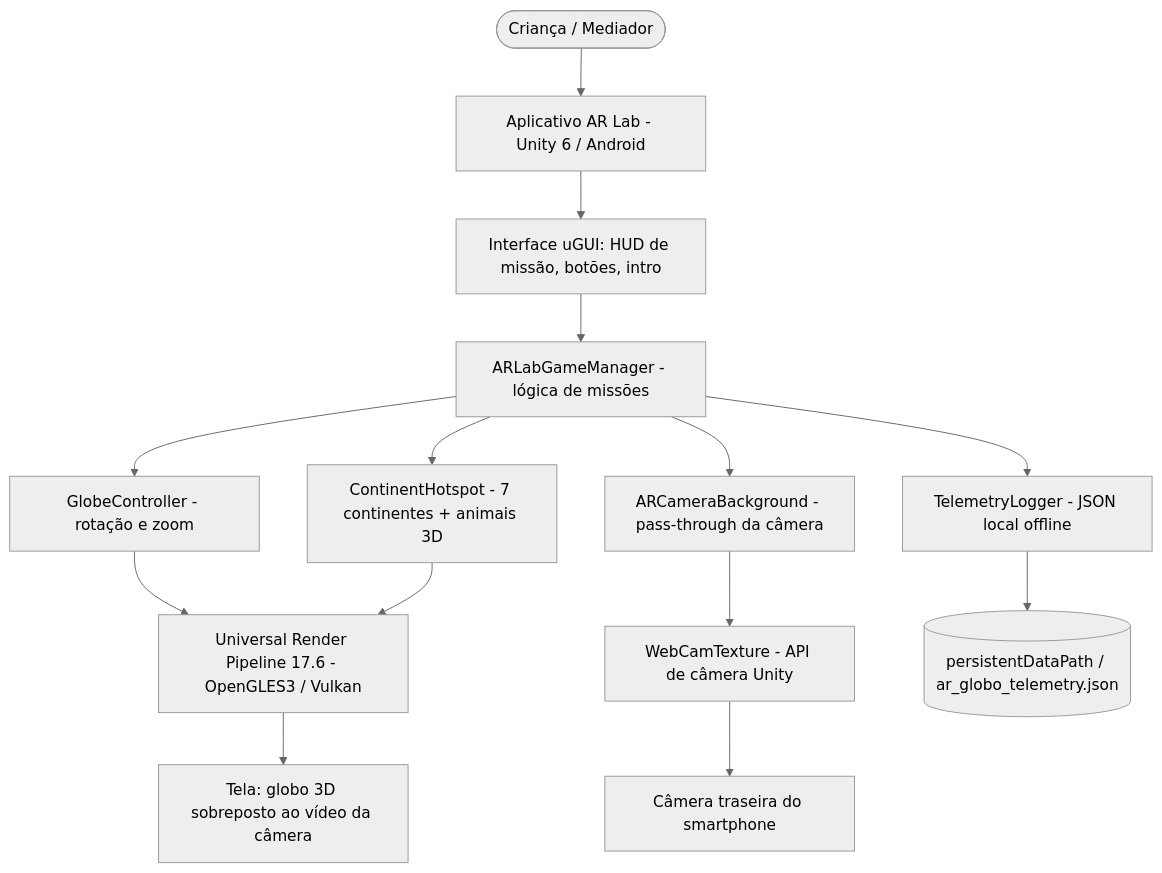
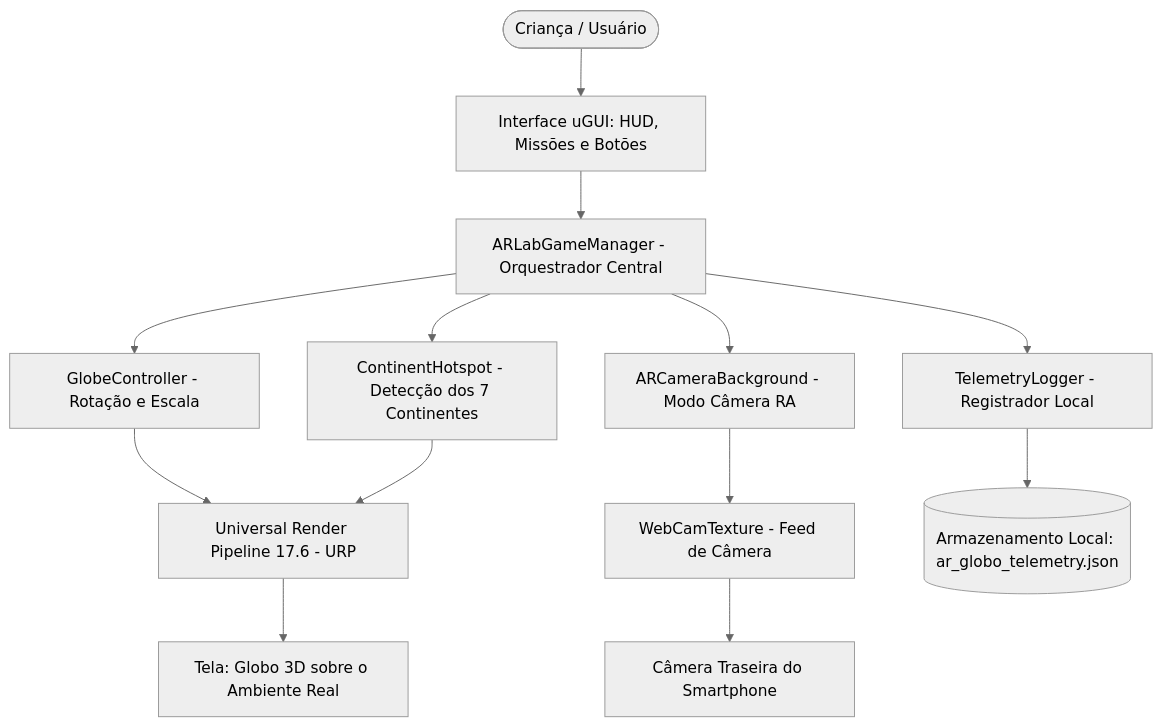
Before and after one commit to DJmesh/Ar-Lab-Unity: the first of 4 diagrams in README.md, drawn with Mermaid (neutral theme). The commit also changed other lines of this file, not shown here.

````diff
--- a/README.md
+++ b/README.md
@@ -201,16 +198,15 @@
 ```mermaid
 flowchart TD
-    U([Criança / Mediador]) --> APP[Aplicativo AR Lab - Unity 6 / Android]
-    APP --> UI[Interface uGUI: HUD de missão, botões, intro]
-    UI --> GM[ARLabGameManager - lógica de missões]
-    GM --> GC[GlobeController - rotação e zoom]
-    GM --> HS[ContinentHotspot - 7 continentes + animais 3D]
-    GM --> TL[TelemetryLogger - JSON local offline]
-    GM --> CAM[ARCameraBackground - pass-through da câmera]
-    CAM --> WCT[WebCamTexture - API de câmera Unity]
-    WCT --> HW[Câmera traseira do smartphone]
-    GC --> URP[Universal Render Pipeline 17.6 - OpenGLES3 / Vulkan]
+    U([Criança / Usuário]) --> UI[Interface uGUI: HUD, Missões e Botões]
+    UI --> GM[ARLabGameManager - Orquestrador Central]
+    GM --> GC[GlobeController - Rotação e Escala]
+    GM --> HS[ContinentHotspot - Detecção dos 7 Continentes]
+    GM --> CAM[ARCameraBackground - Modo Câmera RA]
+    GM --> TL[TelemetryLogger - Registrador Local]
+    CAM --> WCT[WebCamTexture - Feed de Câmera]
+    WCT --> HW[Câmera Traseira do Smartphone]
+    GC --> URP[Universal Render Pipeline 17.6 - URP]
     HS --> URP
-    URP --> SCREEN[Tela: globo 3D sobreposto ao vídeo da câmera]
-    TL --> FS[(persistentDataPath / ar_globo_telemetry.json)]
+    URP --> SCREEN[Tela: Globo 3D sobre o Ambiente Real]
+    TL --> FS[(Armazenamento Local: ar_globo_telemetry.json)]
 ```
````
